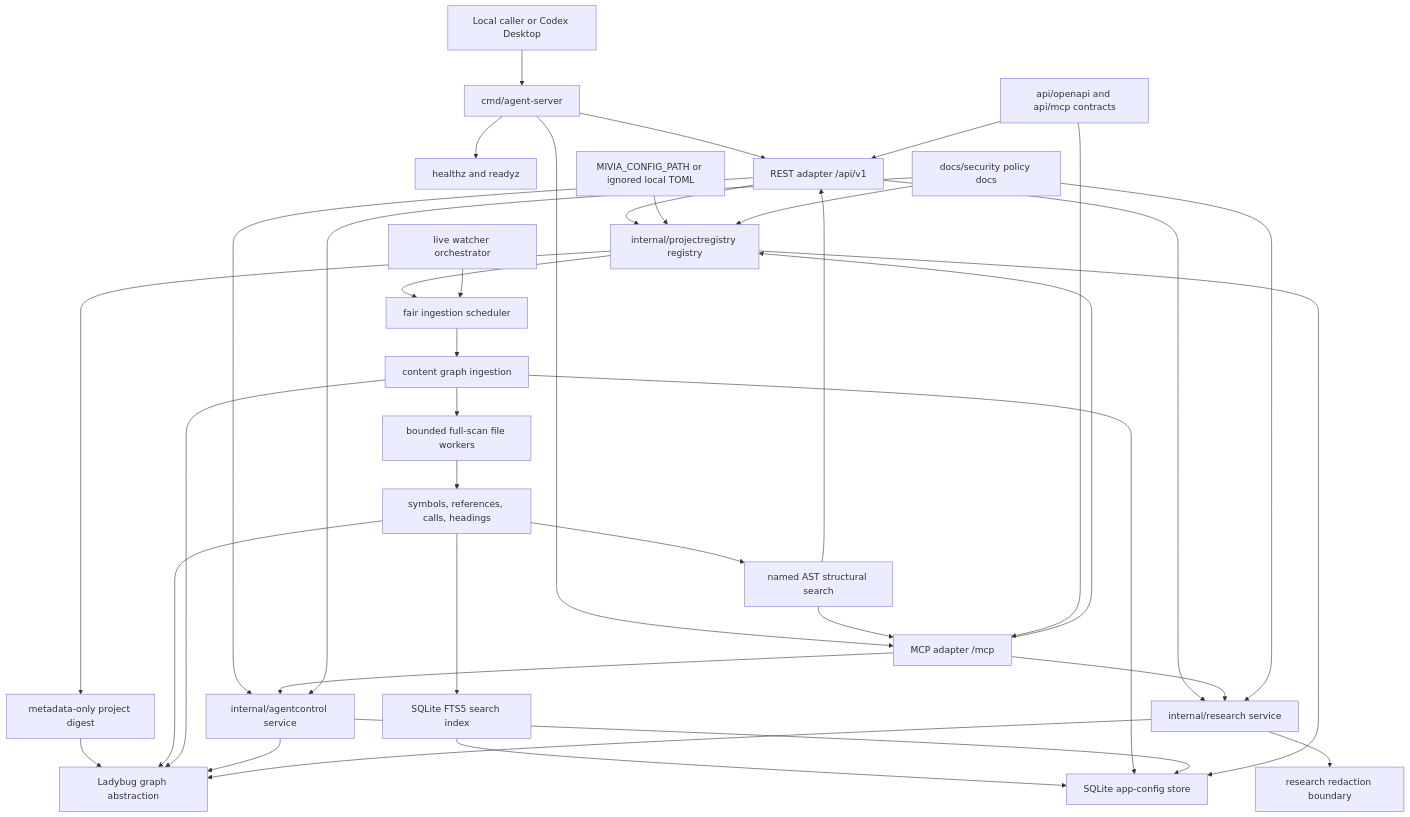
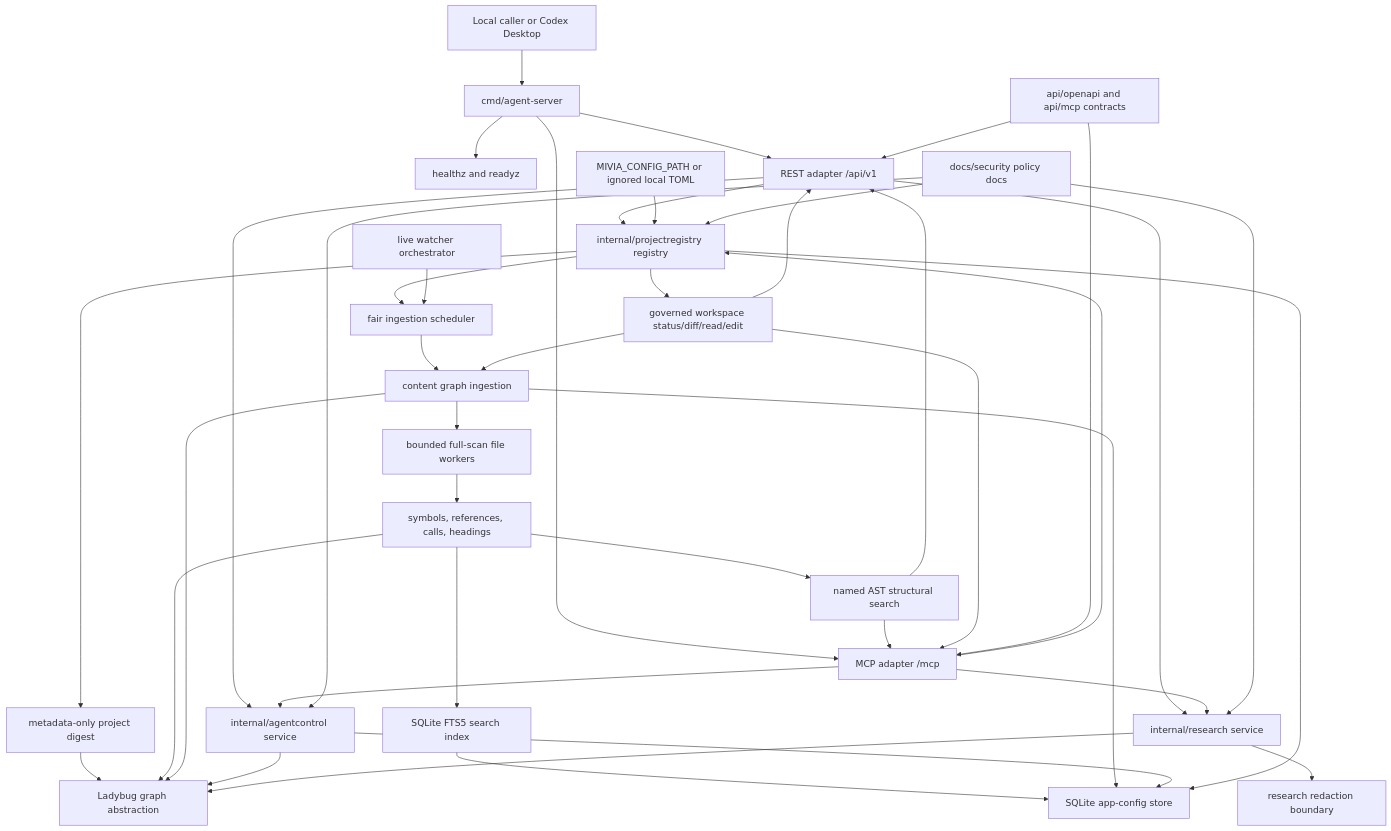
The first of 7 diagrams in docs/architecture/system-architecture.md (MiviaLabs/go-mivia), drawn with Mermaid before and after one commit. The commit also changed other lines of this file and 25 other files, not shown here.

Commit message:
feat(workspace): add governed project workspace tools

````diff
--- a/docs/architecture/system-architecture.md
+++ b/docs/architecture/system-architecture.md
@@ -26,62 +27,67 @@
 ```mermaid
 flowchart TB
   LocalClient["Local caller or Codex Desktop"]
   Server["cmd/agent-server"]
   Health["healthz and readyz"]
   REST["REST adapter /api/v1"]
   MCP["MCP adapter /mcp"]
   AgentService["internal/agentcontrol service"]
   ProjectRegistry["internal/projectregistry registry"]
   ProjectDigest["metadata-only project digest"]
   ProjectIngestion["content graph ingestion"]
+  ProjectWorkspace["governed workspace status/diff/read/edit"]
   Scheduler["fair ingestion scheduler"]
   Watcher["live watcher orchestrator"]
   FullScanWorkers["bounded full-scan file workers"]
   SemanticGraph["symbols, references, calls, headings"]
   SearchIndex["SQLite FTS5 search index"]
   ASTSearch["named AST structural search"]
   ResearchService["internal/research service"]
   Redaction["research redaction boundary"]
   Ladybug["Ladybug graph abstraction"]
   SQLite["SQLite app-config store"]
   ConfigFile["MIVIA_CONFIG_PATH or ignored local TOML"]
   Contracts["api/openapi and api/mcp contracts"]
   SecurityDocs["docs/security policy docs"]
 
   LocalClient --> Server
   Server --> Health
   Server --> REST
   Server --> MCP
   REST --> AgentService
   MCP --> AgentService
   REST --> ProjectRegistry
   MCP --> ProjectRegistry
   ProjectRegistry --> ProjectDigest
+  ProjectRegistry --> ProjectWorkspace
   ProjectDigest --> Ladybug
   ProjectRegistry --> Scheduler
   Watcher --> Scheduler
   Scheduler --> ProjectIngestion
   ProjectIngestion --> FullScanWorkers
   FullScanWorkers --> SemanticGraph
   SemanticGraph --> Ladybug
   SemanticGraph --> SearchIndex
   SearchIndex --> SQLite
   SemanticGraph --> ASTSearch
   ASTSearch --> REST
   ASTSearch --> MCP
   ProjectIngestion --> Ladybug
   ProjectIngestion --> SQLite
+  ProjectWorkspace --> ProjectIngestion
+  ProjectWorkspace --> REST
+  ProjectWorkspace --> MCP
   ConfigFile --> ProjectRegistry
   REST --> ResearchService
   MCP --> ResearchService
   ResearchService --> Redaction
   AgentService --> Ladybug
   ResearchService --> Ladybug
   AgentService --> SQLite
   ProjectRegistry --> SQLite
   Contracts --> REST
   Contracts --> MCP
   SecurityDocs --> AgentService
   SecurityDocs --> ProjectRegistry
   SecurityDocs --> ResearchService
 ```
````
